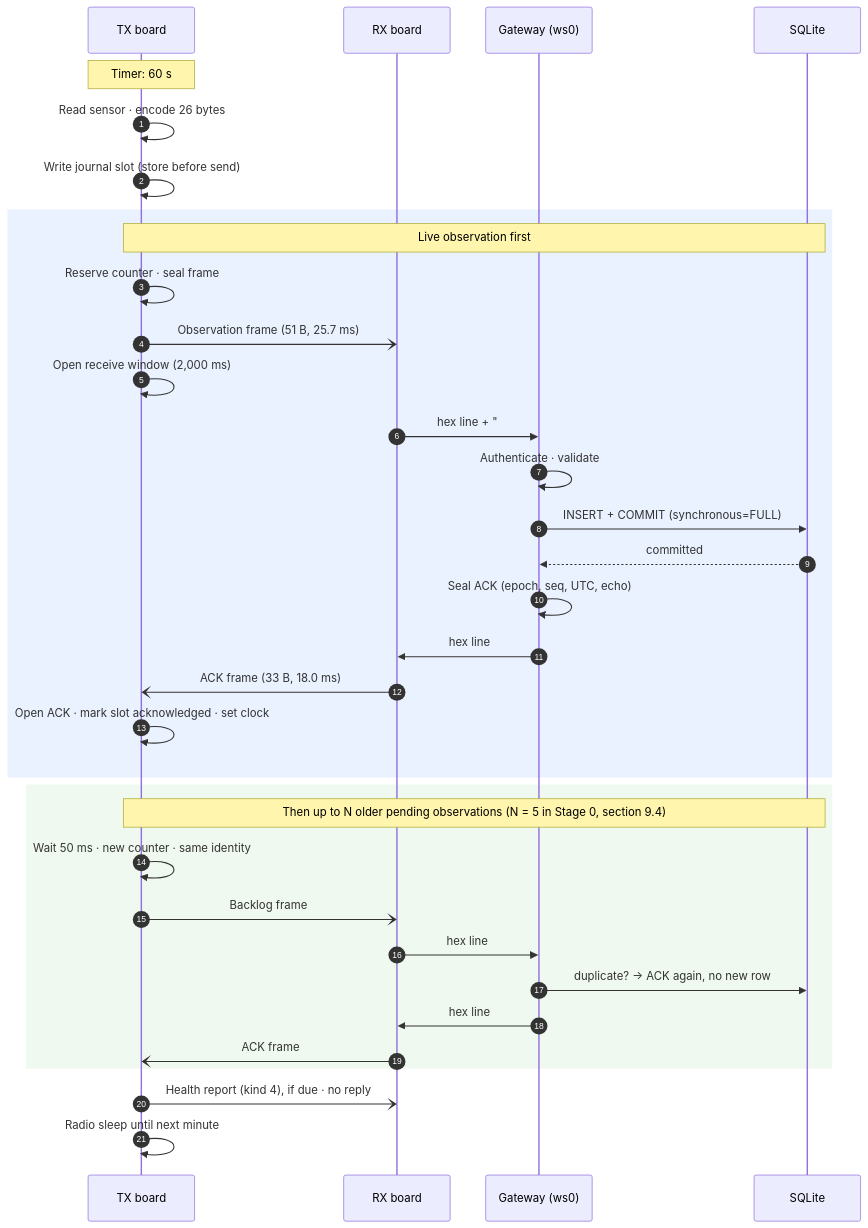
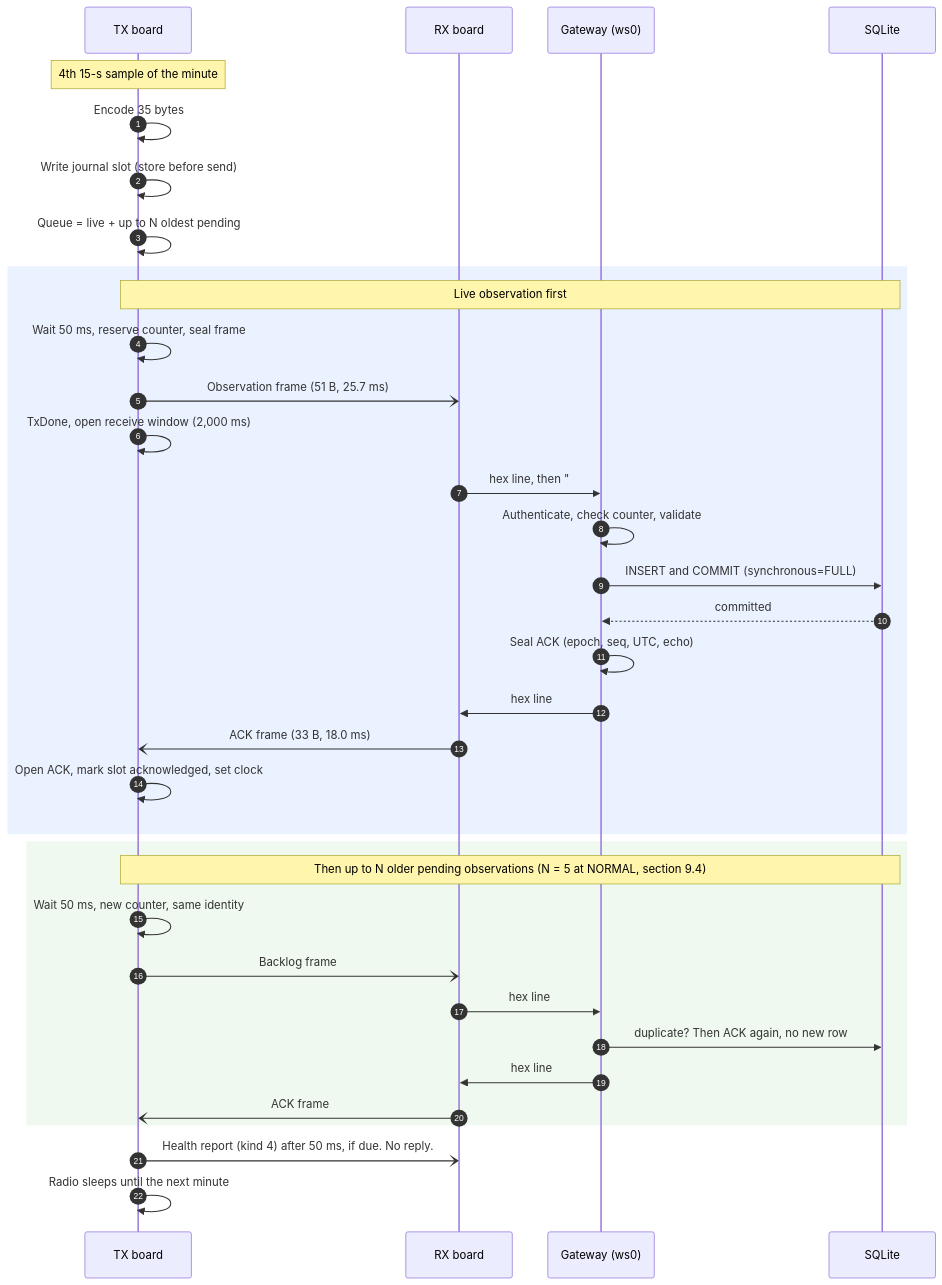
Before and after one commit to clintecker/weather-station-2026: diagram 12 of 22 in docs/protocol-stack.md, drawn with Mermaid. The commit also changed other lines of this file and 25 other files, not shown here.

First line of the commit message:
Docs: Mermaid diagrams, no insider jargon, stale figures corrected

````diff
--- a/docs/protocol-stack.md
+++ b/docs/protocol-stack.md
@@ -501,36 +568,37 @@
 ```mermaid
 sequenceDiagram
   autonumber
   participant TX as TX board
   participant RX as RX board
   participant GW as Gateway (ws0)
   participant DB as SQLite
-  Note over TX: Timer: 60 s
-  TX->>TX: Read sensor · encode 26 bytes
+  Note over TX: 4th 15-s sample of the minute
+  TX->>TX: Encode 35 bytes
   TX->>TX: Write journal slot (store before send)
+  TX->>TX: Queue = live + up to N oldest pending
   rect rgba(80,140,255,0.12)
   Note over TX,DB: Live observation first
-  TX->>TX: Reserve counter · seal frame
+  TX->>TX: Wait 50 ms, reserve counter, seal frame
   TX-)RX: Observation frame (51 B, 25.7 ms)
-  TX->>TX: Open receive window (2,000 ms)
-  RX->>GW: hex line + "#rx obs rssi snr"
-  GW->>GW: Authenticate · validate
-  GW->>DB: INSERT + COMMIT (synchronous=FULL)
+  TX->>TX: TxDone, open receive window (2,000 ms)
+  RX->>GW: hex line, then "#rx obs rssi snr"
+  GW->>GW: Authenticate, check counter, validate
+  GW->>DB: INSERT and COMMIT (synchronous=FULL)
   DB-->>GW: committed
   GW->>GW: Seal ACK (epoch, seq, UTC, echo)
   GW->>RX: hex line
   RX-)TX: ACK frame (33 B, 18.0 ms)
-  TX->>TX: Open ACK · mark slot acknowledged · set clock
+  TX->>TX: Open ACK, mark slot acknowledged, set clock
   end
   rect rgba(120,200,120,0.12)
-  Note over TX,DB: Then up to N older pending observations (N = 5 in Stage 0, section 9.4)
-  TX->>TX: Wait 50 ms · new counter · same identity
+  Note over TX,DB: Then up to N older pending observations (N = 5 at NORMAL, section 9.4)
+  TX->>TX: Wait 50 ms, new counter, same identity
   TX-)RX: Backlog frame
   RX->>GW: hex line
-  GW->>DB: duplicate? → ACK again, no new row
+  GW->>DB: duplicate? Then ACK again, no new row
   GW->>RX: hex line
   RX-)TX: ACK frame
   end
-  TX-)RX: Health report (kind 4), if due · no reply
-  TX->>TX: Radio sleep until next minute
+  TX-)RX: Health report (kind 4) after 50 ms, if due. No reply.
+  TX->>TX: Radio sleeps until the next minute
 ```
````
